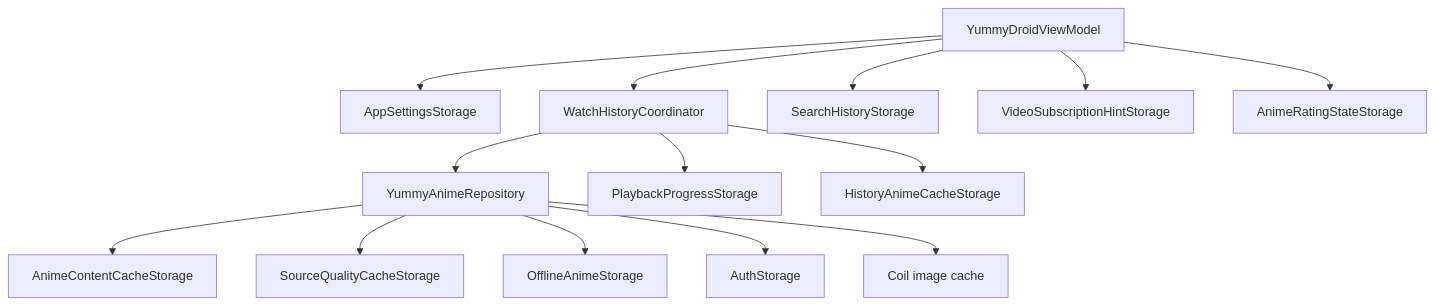
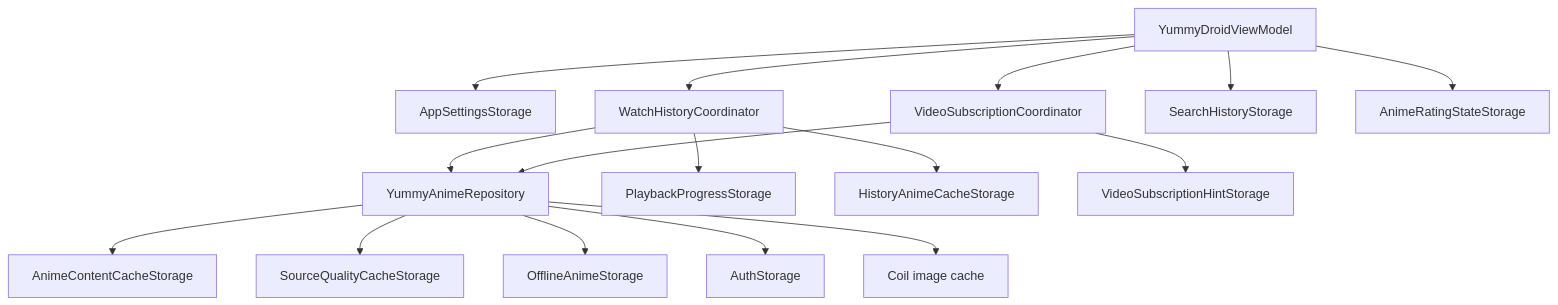
One commit to saltek1995/YummyDroid changed diagram 11 of 11 in docs/refactor-logic-map.md. Above: the diagram before and after it, drawn with Mermaid. The commit also changed other lines of this file and 3 other files, not shown here.

Commit message:
Centralize video subscription coordination

````diff
--- a/docs/refactor-logic-map.md
+++ b/docs/refactor-logic-map.md
@@ -429,30 +429,33 @@
 ```mermaid
 flowchart TD
     Repo[YummyAnimeRepository]
     Settings[AppSettingsStorage]
     Auth[AuthStorage]
     Progress[PlaybackProgressStorage]
     HistoryCache[HistoryAnimeCacheStorage]
     HistoryCoordinator[WatchHistoryCoordinator]
+    SubscriptionCoordinator[VideoSubscriptionCoordinator]
     ContentCache[AnimeContentCacheStorage]
     SourceQuality[SourceQualityCacheStorage]
     Offline[OfflineAnimeStorage]
     SearchHistory[SearchHistoryStorage]
     SubHints[VideoSubscriptionHintStorage]
     Rating[AnimeRatingStateStorage]
     ImageCache[Coil image cache]
 
     Repo --> ContentCache
     Repo --> SourceQuality
     Repo --> Offline
     Repo --> Auth
     YummyDroidViewModel --> HistoryCoordinator
     HistoryCoordinator --> Repo
     HistoryCoordinator --> Progress
     HistoryCoordinator --> HistoryCache
+    YummyDroidViewModel --> SubscriptionCoordinator
+    SubscriptionCoordinator --> Repo
+    SubscriptionCoordinator --> SubHints
     Repo --> ImageCache
     YummyDroidViewModel --> Settings
     YummyDroidViewModel --> SearchHistory
-    YummyDroidViewModel --> SubHints
     YummyDroidViewModel --> Rating
 ```
````
